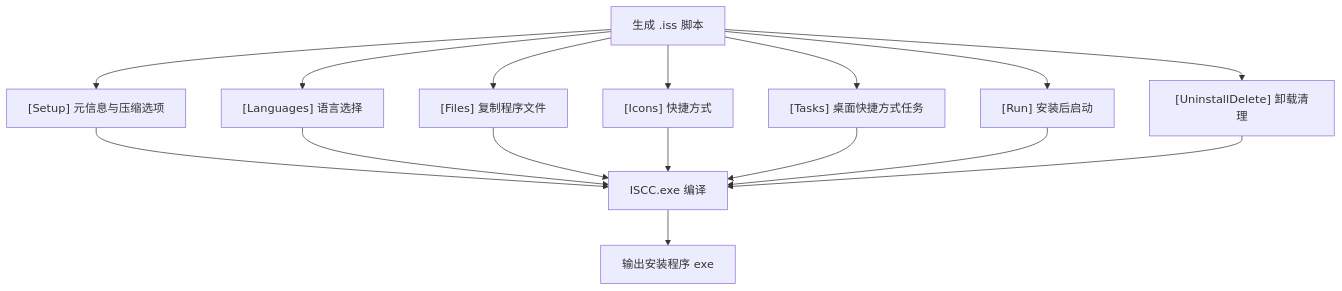
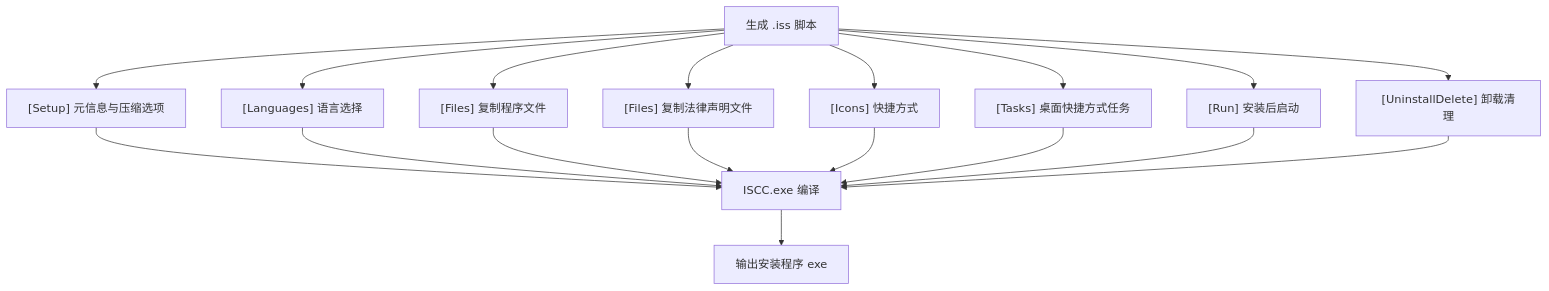
Before and after one commit to zylyes/TracePipeline: the seventh of 10 diagrams in .qoder/repowiki/zh/content/高级主题/打包分发.md, drawn with Mermaid. The commit also changed other lines of this file and 20 other files, not shown here.

````diff
--- a/.qoder/repowiki/zh/content/高级主题/打包分发.md
+++ b/.qoder/repowiki/zh/content/高级主题/打包分发.md
@@ -273,18 +360,20 @@
 ```mermaid
 flowchart TD
 A["生成 .iss 脚本"] --> B["[Setup] 元信息与压缩选项"]
 A --> C["[Languages] 语言选择"]
 A --> D["[Files] 复制程序文件"]
-A --> E["[Icons] 快捷方式"]
-A --> F["[Tasks] 桌面快捷方式任务"]
-A --> G["[Run] 安装后启动"]
-A --> H["[UninstallDelete] 卸载清理"]
-B --> I["ISCC.exe 编译"]
-C --> I
-D --> I
-E --> I
-F --> I
-G --> I
-H --> I
-I --> J["输出安装程序 exe"]
+A --> E["[Files] 复制法律声明文件"]
+A --> F["[Icons] 快捷方式"]
+A --> G["[Tasks] 桌面快捷方式任务"]
+A --> H["[Run] 安装后启动"]
+A --> I["[UninstallDelete] 卸载清理"]
+B --> J["ISCC.exe 编译"]
+C --> J
+D --> J
+E --> J
+F --> J
+G --> J
+H --> J
+I --> J
+J --> K["输出安装程序 exe"]
 ```
````
